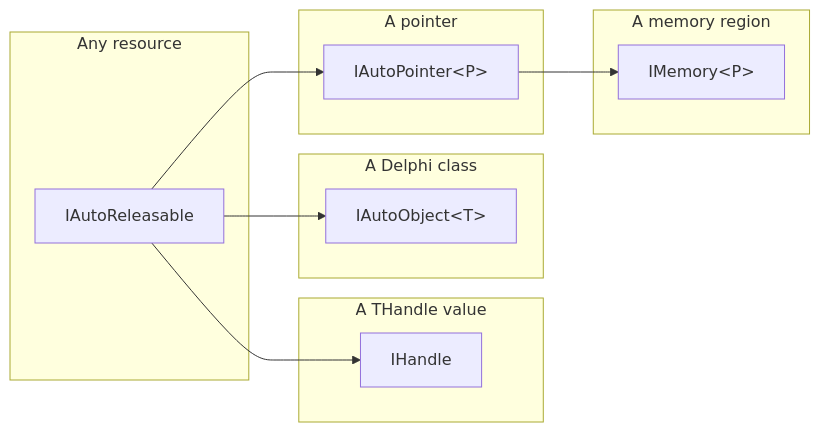
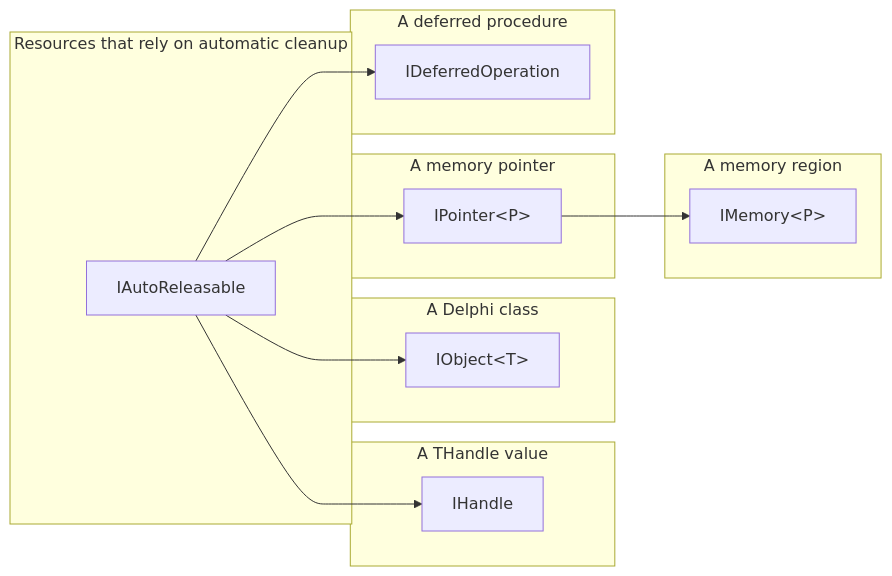
The diagram in Readme.md (diversenok/NtUtilsLibrary), drawn with Mermaid before and after one commit. The commit also changed other lines of this file and 69 other files, not shown here.

````diff
--- a/Readme.md
+++ b/Readme.md
@@ -71,22 +69,26 @@
 ```mermaid
 graph LR;
-  subgraph id1[Any resource]
+  subgraph id1[Resources that rely on automatic cleanup]
     IAutoReleasable
   end
   subgraph id2[A THandle value]
     IHandle
   end
   subgraph id3[A Delphi class]
-    IAutoObject[IAutoObject&ltT&gt]
+    IObject[IObject&ltT&gt]
   end
-  subgraph id4[A pointer]
-    IAutoPointer[IAutoPointer&ltP&gt]
+  subgraph id4[A memory pointer]
+    IPointer[IPointer&ltP&gt]
   end
   subgraph id5[A memory region]
     IMemory[IMemory&ltP&gt]
   end
+  subgraph id6[A deferred procedure]
+    IDeferredOperation
+  end
   IAutoReleasable --> IHandle;
-  IAutoReleasable --> IAutoObject;
-  IAutoReleasable --> IAutoPointer;
-  IAutoPointer --> IMemory;
+  IAutoReleasable --> IObject;
+  IAutoReleasable --> IPointer;
+  IPointer --> IMemory;
+  IAutoReleasable --> IDeferredOperation;
 ```
````
